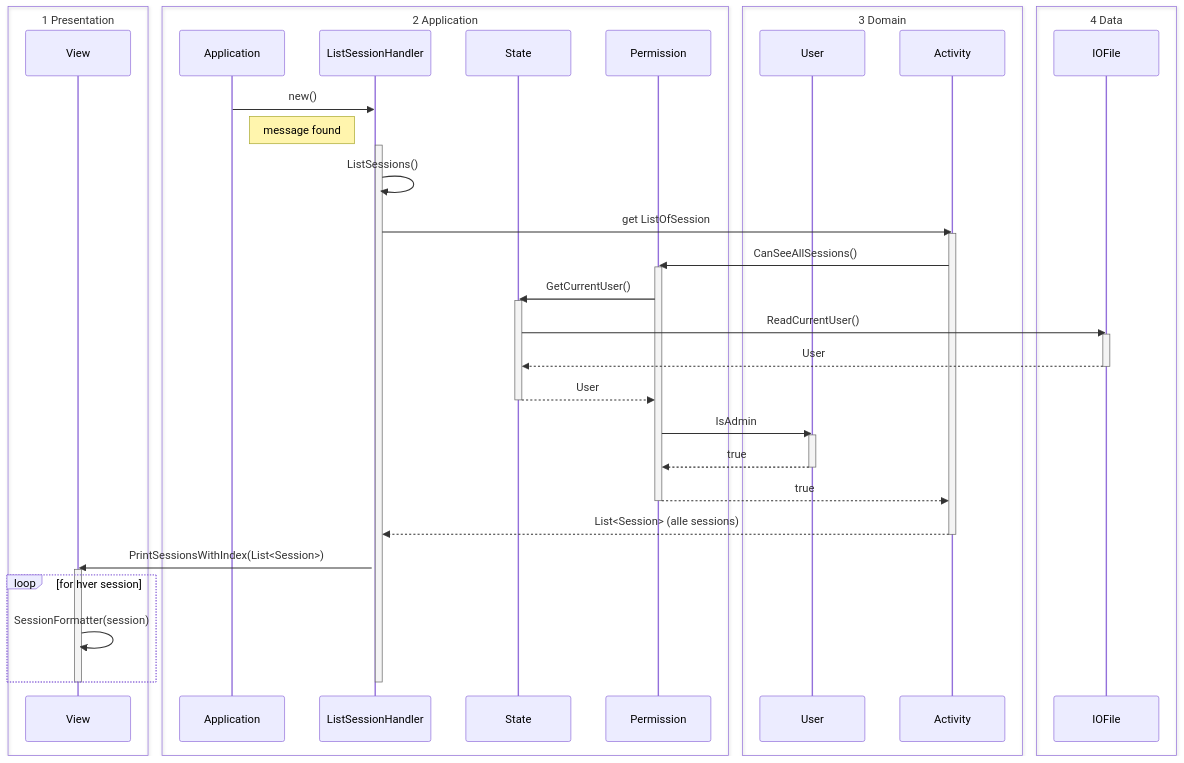
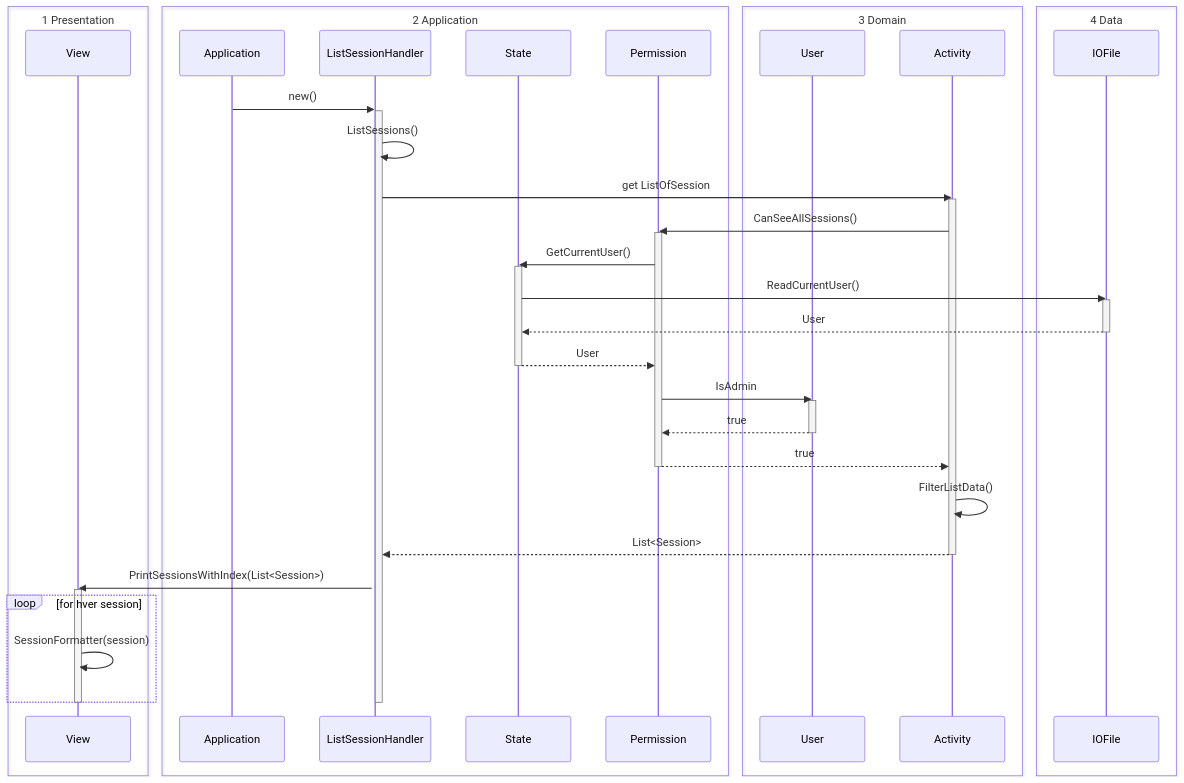
One commit to MatiasHeiberg/1.semesterprojekt changed the ninth of 9 diagrams in 02 notes/Sekvensdiagram.md. Above: the diagram before and after it, drawn with Mermaid. The commit also changed other lines of this file and 4 other files, not shown here.

````diff
--- a/02 notes/Sekvensdiagram.md
+++ b/02 notes/Sekvensdiagram.md
@@ -449,70 +501,70 @@
 ```mermaid
 sequenceDiagram
 
 box 1 Presentation
     participant View
 end
 box 2 Application
     participant Application
     participant ListSessionHandler 
     participant State
     participant Permission
 end
 box 3 Domain
     participant User 
     participant Activity
 end
 box 4 Data
     participant IOFile
 end
 
 %% Message found
 Application->>ListSessionHandler: new()
 activate ListSessionHandler
-Note right of Application: message found
 
 activate ListSessionHandler	
 ListSessionHandler->>ListSessionHandler: ListSessions()
 		
     %% get ListOfSessions
     ListSessionHandler->>Activity: get ListOfSession
     activate Activity
 			
         %% FilterByPermission
         Activity->>Permission: CanSeeAllSessions()
         activate Permission
 
         Permission->>State: GetCurrentUser()
         activate State
 				
         State->>IOFile: ReadCurrentUser()
         activate IOFile
         IOFile-->>State: User
         deactivate IOFile
 
         State-->>Permission: User
         deactivate State
 
         Permission->>User: IsAdmin
         activate User
         User-->>Permission: true
         deactivate User
 
         Permission-->>Activity: true
         deactivate Permission
+        Activity->>Activity: FilterListData()
 
-    Activity-->>ListSessionHandler: List<Session> (alle sessions)
+    Activity-->>ListSessionHandler: List<Session>
     deactivate Activity
 
 %% Print
 ListSessionHandler->>View: PrintSessionsWithIndex(List<Session>)
 activate View
 
 loop for hver session
     View->>View: SessionFormatter(session)
 end
 deactivate View
 
 deactivate ListSessionHandler
 
 ```
````
